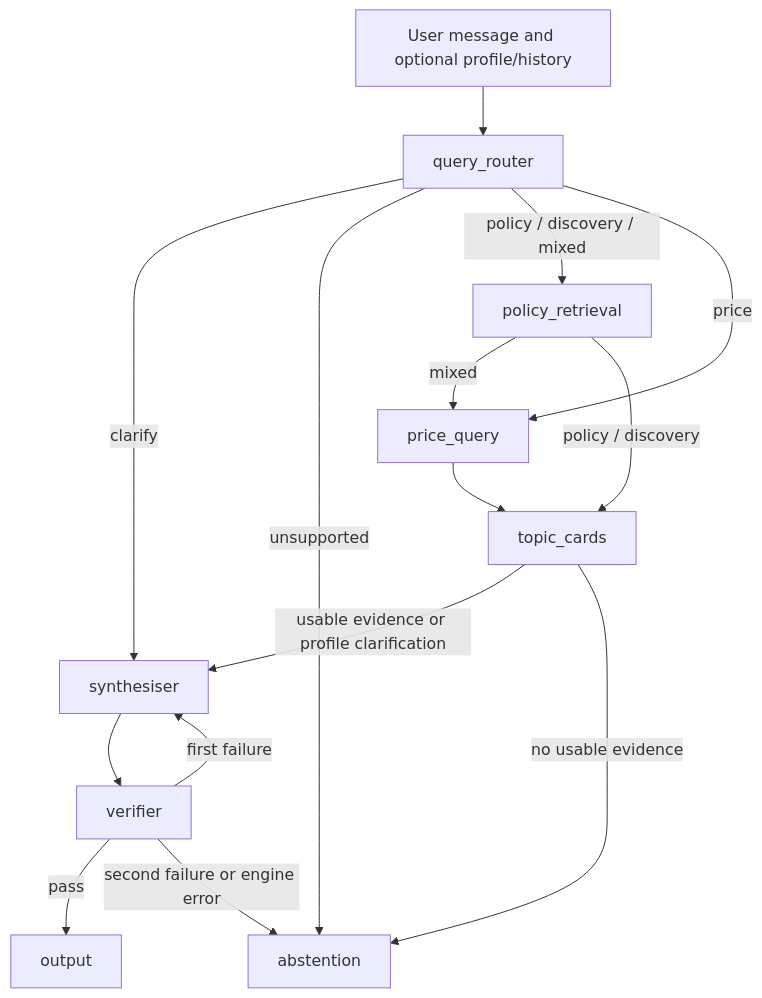
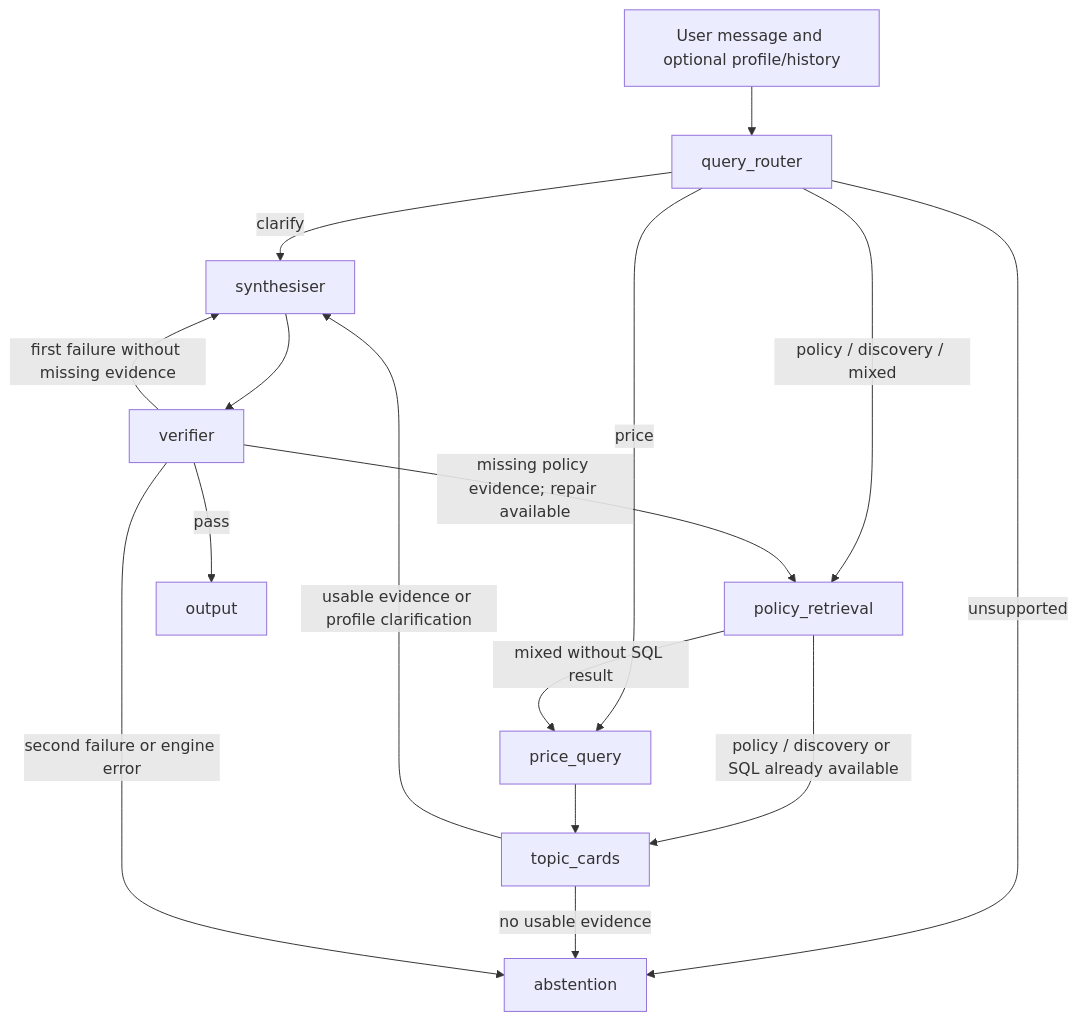
One commit to breann0ng/SE201-G1T5-Kopi-And-Keys changed the diagram in docs/architecture.md. Above: the diagram before and after it, drawn with Mermaid. The commit also changed other lines of this file and 32 other files, not shown here.

````diff
--- a/docs/architecture.md
+++ b/docs/architecture.md
@@ -41,17 +45,18 @@
 ```mermaid
 flowchart TD
     U[User message and optional profile/history] --> R[query_router]
     R -->|clarify| S[synthesiser]
     R -->|unsupported| A[abstention]
     R -->|policy / discovery / mixed| P[policy_retrieval]
     R -->|price| Q[price_query]
-    P -->|mixed| Q
-    P -->|policy / discovery| T[topic_cards]
+    P -->|mixed without SQL result| Q
+    P -->|policy / discovery or SQL already available| T[topic_cards]
     Q --> T
     T -->|usable evidence or profile clarification| S
     T -->|no usable evidence| A
     S --> V[verifier]
     V -->|pass| O[output]
-    V -->|first failure| S
+    V -->|first failure without missing evidence| S
+    V -->|missing policy evidence; repair available| P
     V -->|second failure or engine error| A
 ```
````
